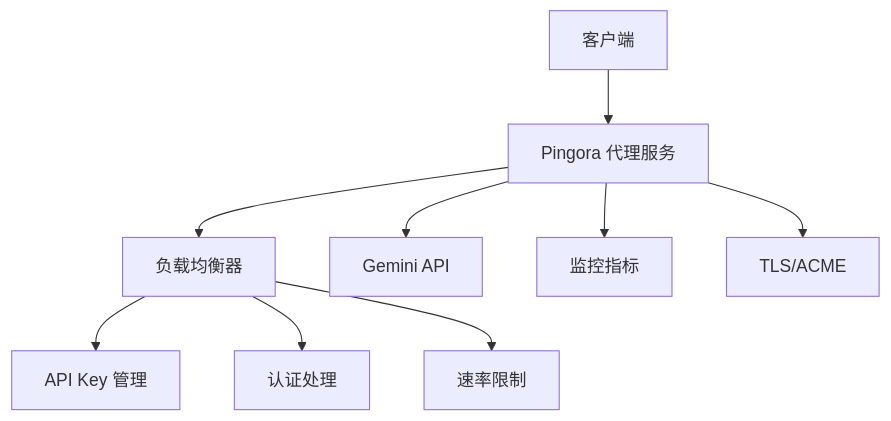
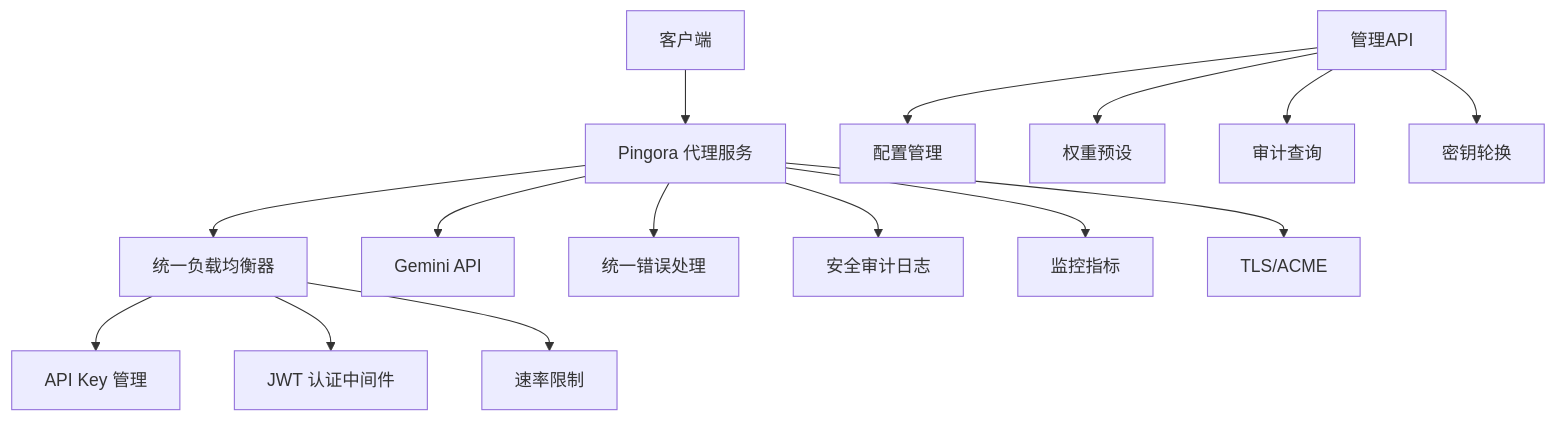
One commit to MAQSOODAWANhaha/gem-proxy changed the first of 2 diagrams in CLAUDE.md. Above: the diagram before and after it, drawn with Mermaid. The commit also changed other lines of this file and 21 other files, not shown here.

````diff
--- a/CLAUDE.md
+++ b/CLAUDE.md
@@ -9,11 +9,17 @@
 ```mermaid
 graph TB
     A[客户端] --> B[Pingora 代理服务]
-    B --> C[负载均衡器]
+    B --> C[统一负载均衡器]
     C --> D[API Key 管理]
-    C --> E[认证处理]
+    C --> E[JWT 认证中间件]
     C --> F[速率限制]
     B --> G[Gemini API]
-    B --> H[监控指标]
-    B --> I[TLS/ACME]
+    B --> H[统一错误处理]
+    B --> I[安全审计日志]
+    B --> J[监控指标]
+    B --> K[TLS/ACME]
+    L[管理API] --> M[配置管理]
+    L --> N[权重预设]
+    L --> O[审计查询]
+    L --> P[密钥轮换]
 ```
````
